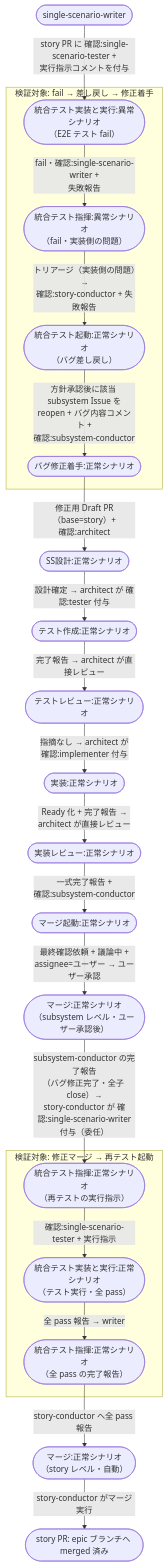
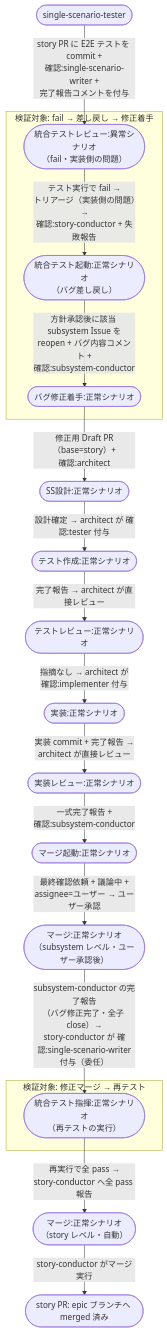
Before and after one commit to shuhei1101/ai-monitor: the diagram in docs/wiki/設計図/シナリオ/複合ユースケース/統合テスト失敗からのバグ修正.md, drawn with Mermaid. The commit also changed other lines of this file and 304 other files, not shown here.

````diff
--- a/docs/wiki/設計図/シナリオ/複合ユースケース/統合テスト失敗からのバグ修正.md
+++ b/docs/wiki/設計図/シナリオ/複合ユースケース/統合テスト失敗からのバグ修正.md
@@ -28,43 +28,38 @@
 ```mermaid
 flowchart TD
-  A0([single-scenario-writer]) -->|story PR に 確認:single-scenario-tester +<br>実行指示コメントを付与| UC1
+  A0([single-scenario-tester]) -->|story PR に E2E テストを commit +<br>確認:single-scenario-writer +<br>完了報告コメントを付与| UC1
 
   subgraph FOCUS1["検証対象: fail → 差し戻し → 修正着手"]
-    UC1([統合テスト実装と実行:異常シナリオ<br>（E2E テスト fail）]) -->|fail・確認:single-scenario-writer +<br>失敗報告| UC1B([統合テスト指揮:異常シナリオ<br>（fail・実装側の問題）])
-    UC1B -->|トリアージ（実装側の問題）→<br>確認:story-conductor + 失敗報告| UC1C([統合テスト起動:正常シナリオ<br>（バグ差し戻し）])
+    UC1([統合テストレビュー:異常シナリオ<br>（fail・実装側の問題）]) -->|テスト実行で fail →<br>トリアージ（実装側の問題）→<br>確認:story-conductor + 失敗報告| UC1C([統合テスト起動:正常シナリオ<br>（バグ差し戻し）])
     UC1C -->|方針承認後に該当 subsystem Issue を<br>reopen + バグ内容コメント +<br>確認:subsystem-conductor| UC2([バグ修正着手:正常シナリオ])
   end
 
   UC2 -->|修正用 Draft PR（base=story）+<br>確認:architect| UC4([SS設計:正常シナリオ])
   UC4 -->|設計確定 → architect が 確認:tester 付与| UC5([テスト作成:正常シナリオ])
   UC5 -->|完了報告 → architect が直接レビュー| UC5B([テストレビュー:正常シナリオ])
   UC5B -->|指摘なし → architect が<br>確認:implementer 付与| UC6([実装:正常シナリオ])
-  UC6 -->|Ready 化 + 完了報告 →<br>architect が直接レビュー| UC7([実装レビュー:正常シナリオ])
+  UC6 -->|実装 commit + 完了報告 →<br>architect が直接レビュー| UC7([実装レビュー:正常シナリオ])
   UC7 -->|一式完了報告 +<br>確認:subsystem-conductor| UC7B([マージ起動:正常シナリオ])
   UC7B -->|最終確認依頼 + 議論中 +<br>assignee=ユーザー → ユーザー承認| UC8([マージ:正常シナリオ<br>（subsystem レベル・ユーザー承認後）])
   UC8 -->|subsystem-conductor の完了報告<br>（バグ修正完了・全子 close）→<br>story-conductor が 確認:single-scenario-writer<br>付与（委任）| UC9A
 
-  subgraph FOCUS2["検証対象: 修正マージ → 再テスト起動"]
-    UC9A([統合テスト指揮:正常シナリオ<br>（再テストの実行指示）]) -->|確認:single-scenario-tester + 実行指示| UC9([統合テスト実装と実行:正常シナリオ<br>（テスト実行・全 pass）])
-    UC9 -->|全 pass 報告 → writer| UC9B([統合テスト指揮:正常シナリオ<br>（全 pass の完了報告）])
+  subgraph FOCUS2["検証対象: 修正マージ → 再テスト"]
+    UC9A([統合テスト指揮:正常シナリオ<br>（再テストの実行）])
   end
 
-  UC9B -->|story-conductor へ全 pass 報告| UC10([マージ:正常シナリオ<br>（story レベル・自動）])
+  UC9A -->|再実行で全 pass →<br>story-conductor へ全 pass 報告| UC10([マージ:正常シナリオ<br>（story レベル・自動）])
   UC10 -->|story-conductor がマージ実行| DONE([story PR: epic ブランチへ merged 済み])
 
-  click UC1 "../単一ユースケース/統合テスト実装と実行.md#異常シナリオe2e-テスト-fail"
-  click UC1B "../単一ユースケース/統合テスト指揮.md#異常シナリオfail実装側の問題"
+  click UC1 "../単一ユースケース/統合テストレビュー.md#異常シナリオfail実装側の問題"
   click UC1C "../単一ユースケース/統合テスト起動.md#正常シナリオバグ差し戻し"
   click UC2 "../単一ユースケース/バグ修正着手.md#正常シナリオ"
   click UC4 "../単一ユースケース/SS設計.md#正常シナリオ"
   click UC5 "../単一ユースケース/テスト作成.md#正常シナリオ"
   click UC5B "../単一ユースケース/テストレビュー.md#正常シナリオ"
   click UC6 "../単一ユースケース/実装.md#正常シナリオ"
   click UC7 "../単一ユースケース/実装レビュー.md#正常シナリオ"
   click UC7B "../単一ユースケース/マージ起動.md#正常シナリオ"
   click UC8 "../単一ユースケース/マージ.md#正常シナリオsubsystem-レベルユーザー承認後"
-  click UC9A "../単一ユースケース/統合テスト指揮.md#正常シナリオ再テストの実行指示"
-  click UC9 "../単一ユースケース/統合テスト実装と実行.md#正常シナリオテスト実行全-pass"
-  click UC9B "../単一ユースケース/統合テスト指揮.md#正常シナリオ全-pass-の完了報告"
+  click UC9A "../単一ユースケース/統合テスト指揮.md#正常シナリオ再テストの実行"
   click UC10 "../単一ユースケース/マージ.md#正常シナリオstory-レベル自動"
 ```
````
